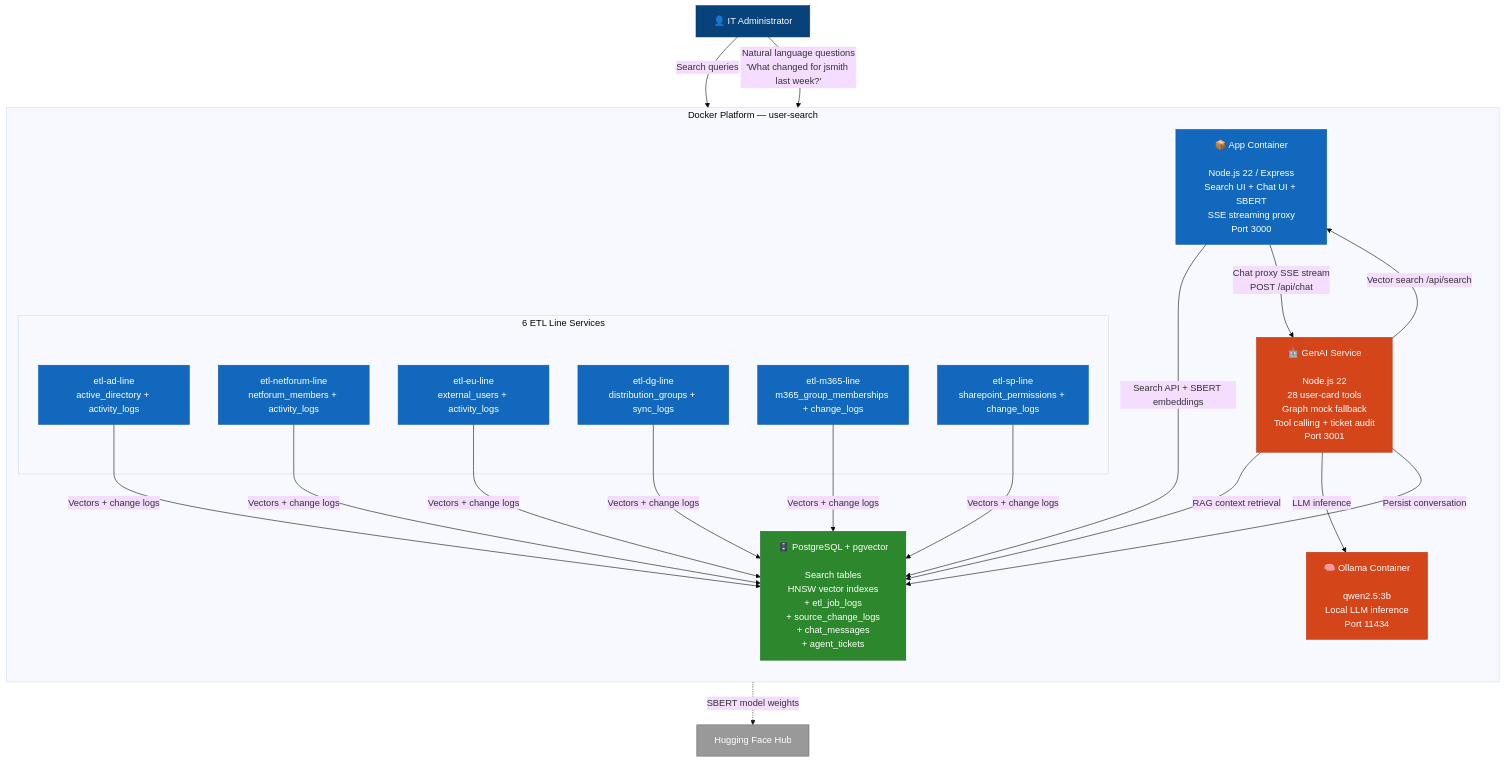
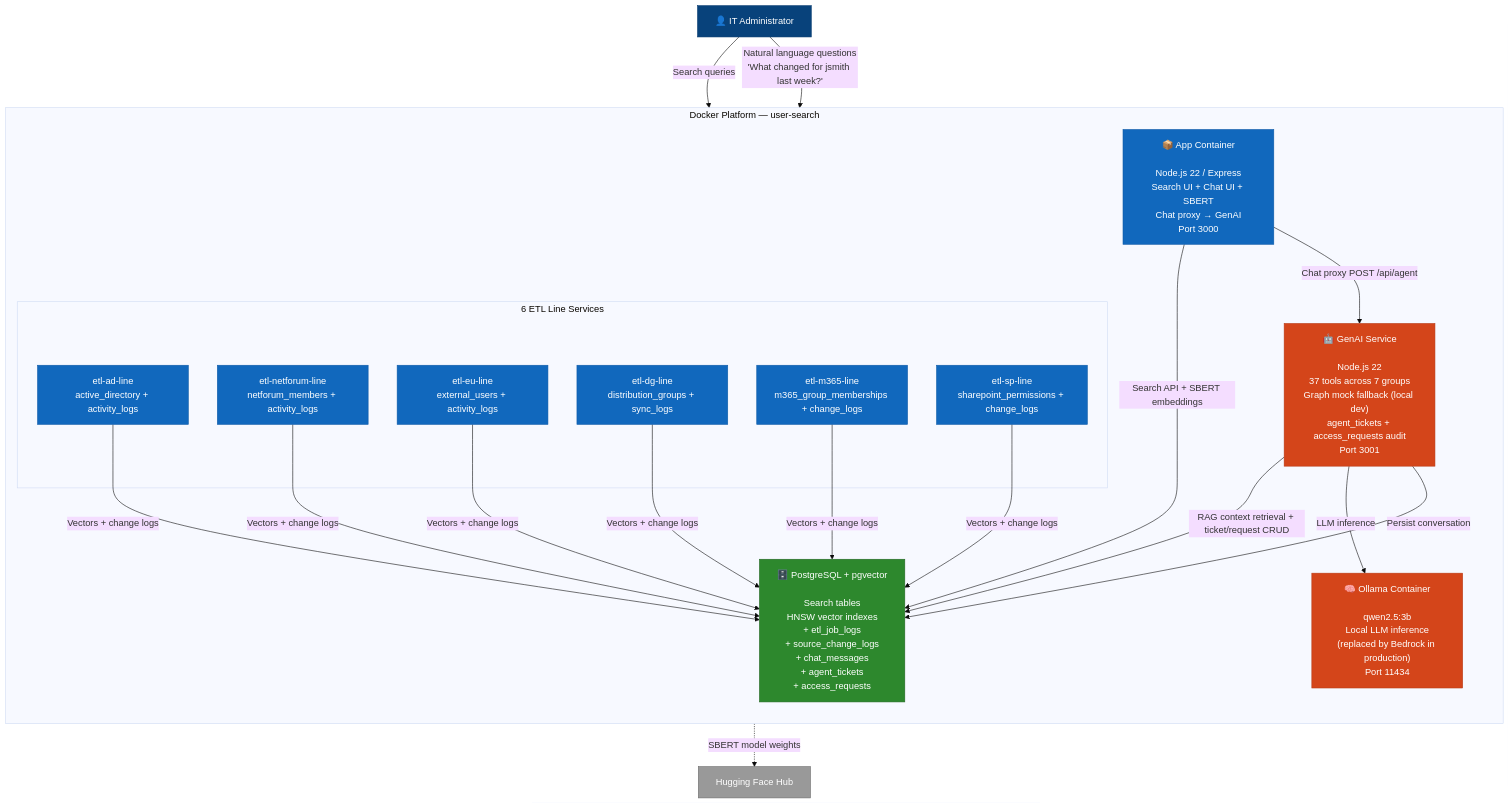
Before and after one commit to sjackshaw/user-search: the diagram in docs/diagrams/genai-target-architecture.md, drawn with Mermaid (base theme). The commit also changed other lines of this file and 17 other files, not shown here.

````diff
--- a/docs/diagrams/genai-target-architecture.md
+++ b/docs/diagrams/genai-target-architecture.md
@@ -5,49 +5,48 @@
 ```mermaid
 graph TB
     classDef person fill:#08427B,stroke:#073B6F,color:#fff
     classDef existing fill:#1168BD,stroke:#0E5BA7,color:#fff
     classDef genai fill:#D4451A,stroke:#B83A15,color:#fff
     classDef database fill:#2D882D,stroke:#226622,color:#fff
     classDef external fill:#999999,stroke:#6B6B6B,color:#fff
 
     User["👤 IT Administrator"]:::person
 
     subgraph DockerPlatform [" Docker Platform — user-search "]
         direction TB
 
-        App["📦 App Container<br/><br/>Node.js 22 / Express<br/>Search UI + Chat UI + SBERT<br/>SSE streaming proxy<br/>Port 3000"]:::existing
+        App["📦 App Container<br/><br/>Node.js 22 / Express<br/>Search UI + Chat UI + SBERT<br/>Chat proxy → GenAI<br/>Port 3000"]:::existing
 
-        GenAI["🤖 GenAI Service<br/><br/>Node.js 22<br/>28 user-card tools<br/>Graph mock fallback<br/>Tool calling + ticket audit<br/>Port 3001"]:::genai
+        GenAI["🤖 GenAI Service<br/><br/>Node.js 22<br/>37 tools across 7 groups<br/>Graph mock fallback (local dev)<br/>agent_tickets + access_requests audit<br/>Port 3001"]:::genai
 
-        Ollama["🧠 Ollama Container<br/><br/>qwen2.5:3b<br/>Local LLM inference<br/>Port 11434"]:::genai
+        Ollama["🧠 Ollama Container<br/><br/>qwen2.5:3b<br/>Local LLM inference<br/>(replaced by Bedrock in production)<br/>Port 11434"]:::genai
 
-        Postgres["🗄️ PostgreSQL + pgvector<br/><br/>Search tables<br/>HNSW vector indexes<br/>+ etl_job_logs<br/>+ source_change_logs<br/>+ chat_messages<br/>+ agent_tickets"]:::database
+        Postgres["🗄️ PostgreSQL + pgvector<br/><br/>Search tables<br/>HNSW vector indexes<br/>+ etl_job_logs<br/>+ source_change_logs<br/>+ chat_messages<br/>+ agent_tickets<br/>+ access_requests"]:::database
 
         subgraph ETLServices [" 6 ETL Line Services "]
             ETL_AD["etl-ad-line<br/>active_directory + activity_logs"]:::existing
             ETL_NF["etl-netforum-line<br/>netforum_members + activity_logs"]:::existing
             ETL_EU["etl-eu-line<br/>external_users + activity_logs"]:::existing
             ETL_DG["etl-dg-line<br/>distribution_groups + sync_logs"]:::existing
             ETL_M365["etl-m365-line<br/>m365_group_memberships + change_logs"]:::existing
             ETL_SP["etl-sp-line<br/>sharepoint_permissions + change_logs"]:::existing
         end
     end
 
     HF["Hugging Face Hub"]:::external
 
     User -->|"Search queries"| App
     User -->|"Natural language questions<br/>'What changed for jsmith last week?'"| App
     App -->|"Search API + SBERT embeddings"| Postgres
-    App -->|"Chat proxy SSE stream<br/>POST /api/chat"| GenAI
-    GenAI -->|"RAG context retrieval"| Postgres
-    GenAI -->|"Vector search /api/search"| App
+    App -->|"Chat proxy POST /api/agent"| GenAI
+    GenAI -->|"RAG context retrieval + ticket/request CRUD"| Postgres
     GenAI -->|"LLM inference"| Ollama
     GenAI -->|"Persist conversation"| Postgres
     ETL_AD -->|"Vectors + change logs"| Postgres
     ETL_NF -->|"Vectors + change logs"| Postgres
     ETL_EU -->|"Vectors + change logs"| Postgres
     ETL_DG -->|"Vectors + change logs"| Postgres
     ETL_M365 -->|"Vectors + change logs"| Postgres
     ETL_SP -->|"Vectors + change logs"| Postgres
     App -.->|"SBERT model weights"| HF
 ```
````
